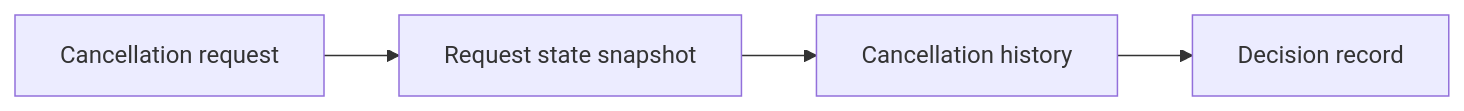
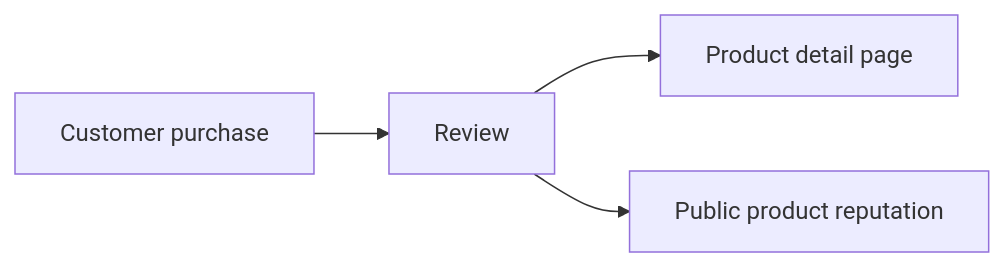
Before and after one commit to wrtnlabs/autobe-examples: diagram 16 of 32 in openai/gpt-5.4-mini/shopping/docs/analysis/02-domain-model.md, drawn with Mermaid. The commit also changed other lines of this file and 9017 other files, not shown here.

````diff
--- a/openai/gpt-5.4-mini/shopping/docs/analysis/02-domain-model.md
+++ b/openai/gpt-5.4-mini/shopping/docs/analysis/02-domain-model.md
@@ -635,6 +626,6 @@
 ```mermaid
 flowchart LR
-    A["Cancellation request"] --> B["Request state snapshot"]
-    B --> C["Cancellation history"]
-    C --> D["Decision record"]
+    A["Customer purchase"] --> B["Review"]
+    B --> C["Product detail page"]
+    B --> D["Public product reputation"]
 ```
````
